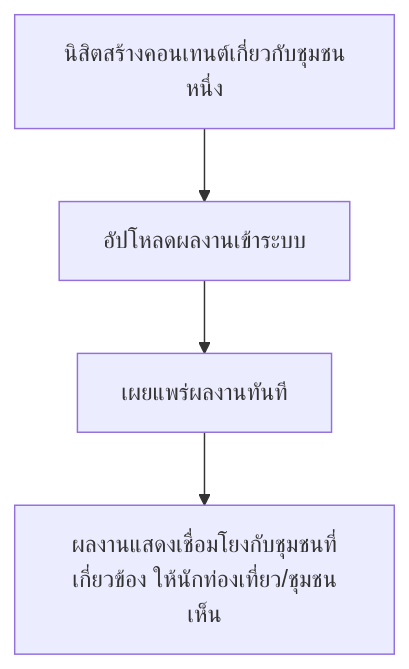
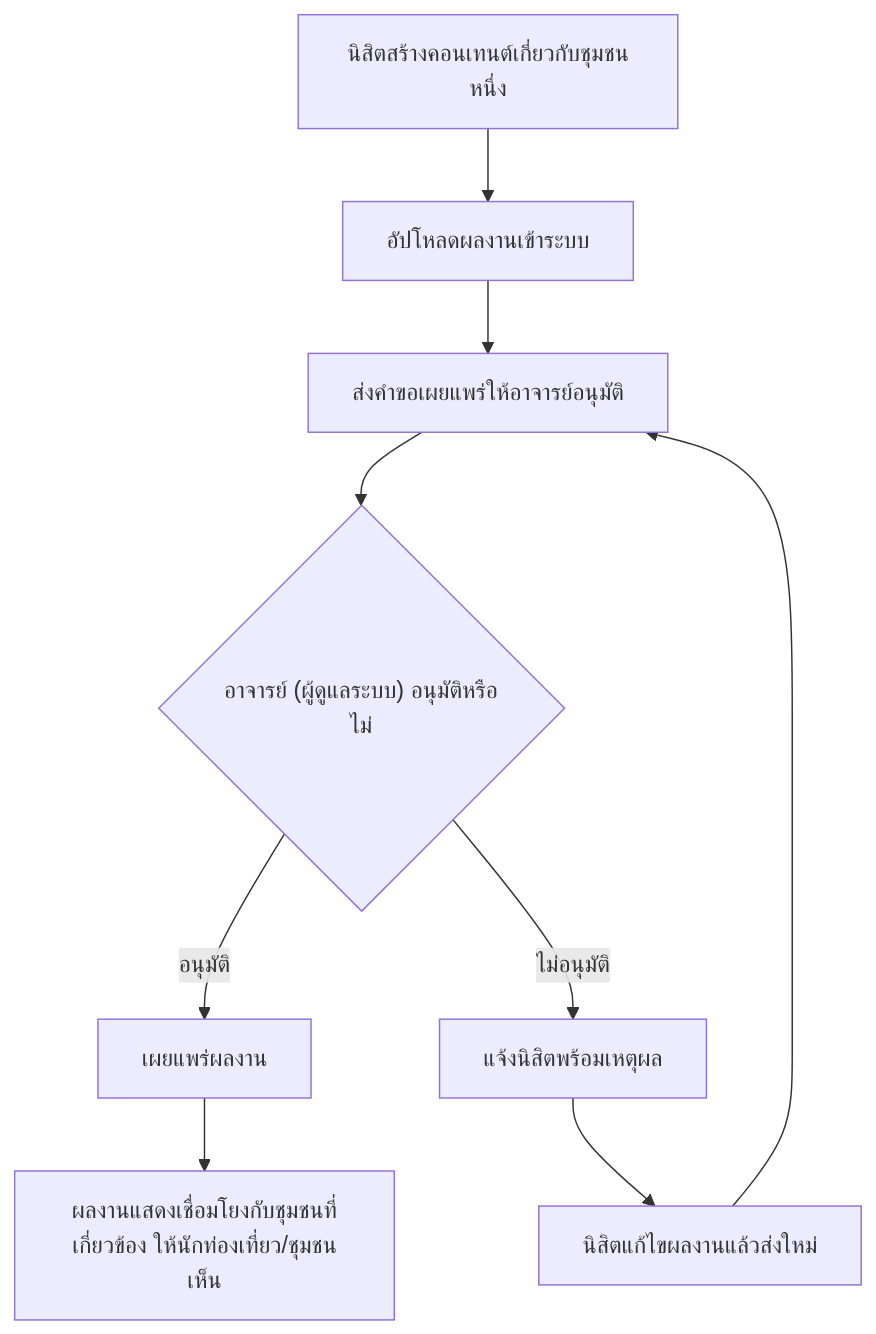
One commit to b5810202241-cpu/Local-Story-Hub changed the diagram in docs/02-design/01-prototypes/student-content-journey.md. Above: the diagram before and after it, drawn with Mermaid. The commit also changed other lines of this file and 8 other files, not shown here.

````diff
--- a/docs/02-design/01-prototypes/student-content-journey.md
+++ b/docs/02-design/01-prototypes/student-content-journey.md
@@ -14,6 +14,11 @@
 ```mermaid
 flowchart TD
   A["นิสิตสร้างคอนเทนต์เกี่ยวกับชุมชนหนึ่ง"] --> B["อัปโหลดผลงานเข้าระบบ"]
-  B --> C["เผยแพร่ผลงานทันที"]
-  C --> D["ผลงานแสดงเชื่อมโยงกับชุมชนที่เกี่ยวข้อง ให้นักท่องเที่ยว/ชุมชนเห็น"]
+  B --> C["ส่งคำขอเผยแพร่ให้อาจารย์อนุมัติ"]
+  C --> D{"อาจารย์ (ผู้ดูแลระบบ) อนุมัติหรือไม่"}
+  D -- อนุมัติ --> E["เผยแพร่ผลงาน"]
+  D -- ไม่อนุมัติ --> F["แจ้งนิสิตพร้อมเหตุผล"]
+  F --> G["นิสิตแก้ไขผลงานแล้วส่งใหม่"]
+  G --> C
+  E --> H["ผลงานแสดงเชื่อมโยงกับชุมชนที่เกี่ยวข้อง ให้นักท่องเที่ยว/ชุมชนเห็น"]
 ```
````
